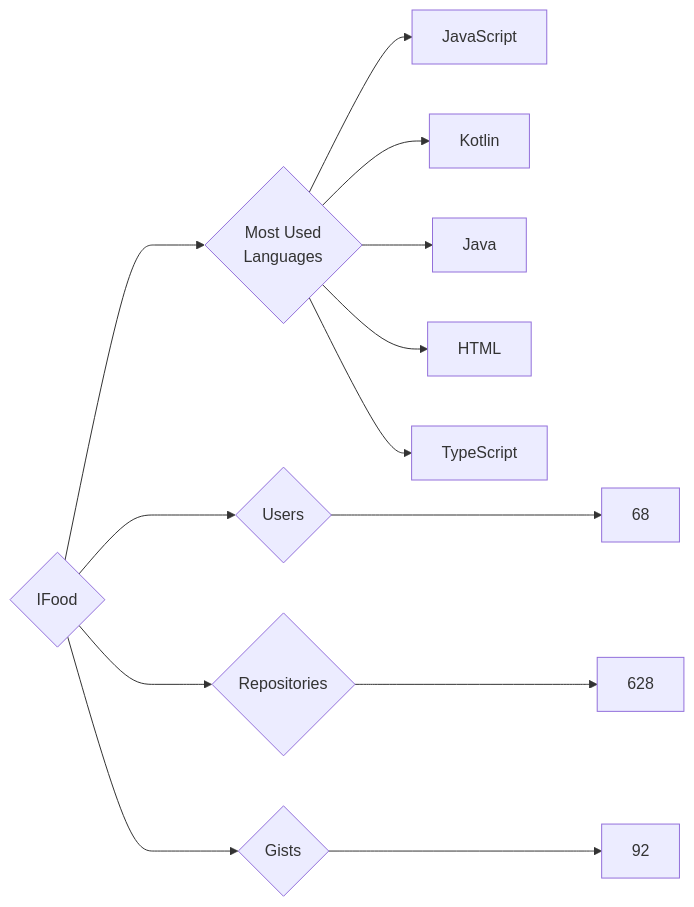
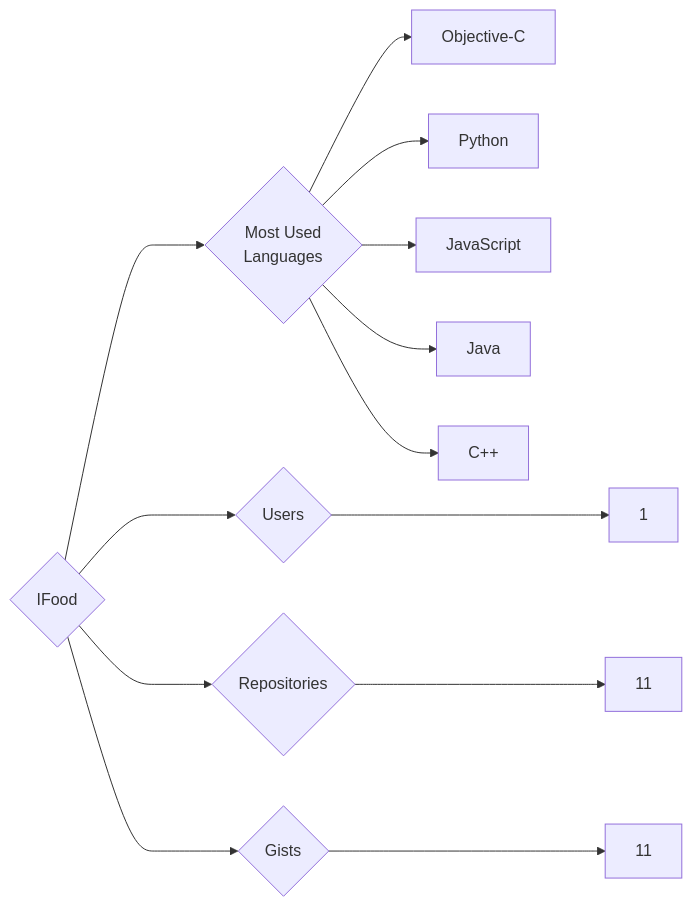
Before and after one commit to trickest/insiders: the diagram in targets/IFood/README.md, drawn with Mermaid. The commit also changed 873 other files, not shown here.

````diff
--- a/targets/IFood/README.md
+++ b/targets/IFood/README.md
@@ -3,13 +3,13 @@
 ```mermaid
 graph LR
 COMPANY_NAME{IFood}
-COMPANY_NAME ---> U{Users} ---> UN[68]
-COMPANY_NAME ---> R{Repositories} ---> RN[628]
-COMPANY_NAME ---> G{Gists} ---> GN[92]
+COMPANY_NAME ---> U{Users} ---> UN[1]
+COMPANY_NAME ---> R{Repositories} ---> RN[11]
+COMPANY_NAME ---> G{Gists} ---> GN[11]
 COMPANY_NAME ---> ML{Most Used<br>Languages}
+ML --> Objective-C[Objective-C]
+ML --> Python[Python]
 ML --> JavaScript[JavaScript]
-ML --> Kotlin[Kotlin]
 ML --> Java[Java]
-ML --> HTML[HTML]
-ML --> TypeScript[TypeScript]
+ML --> C++[C++]
 ```
````
